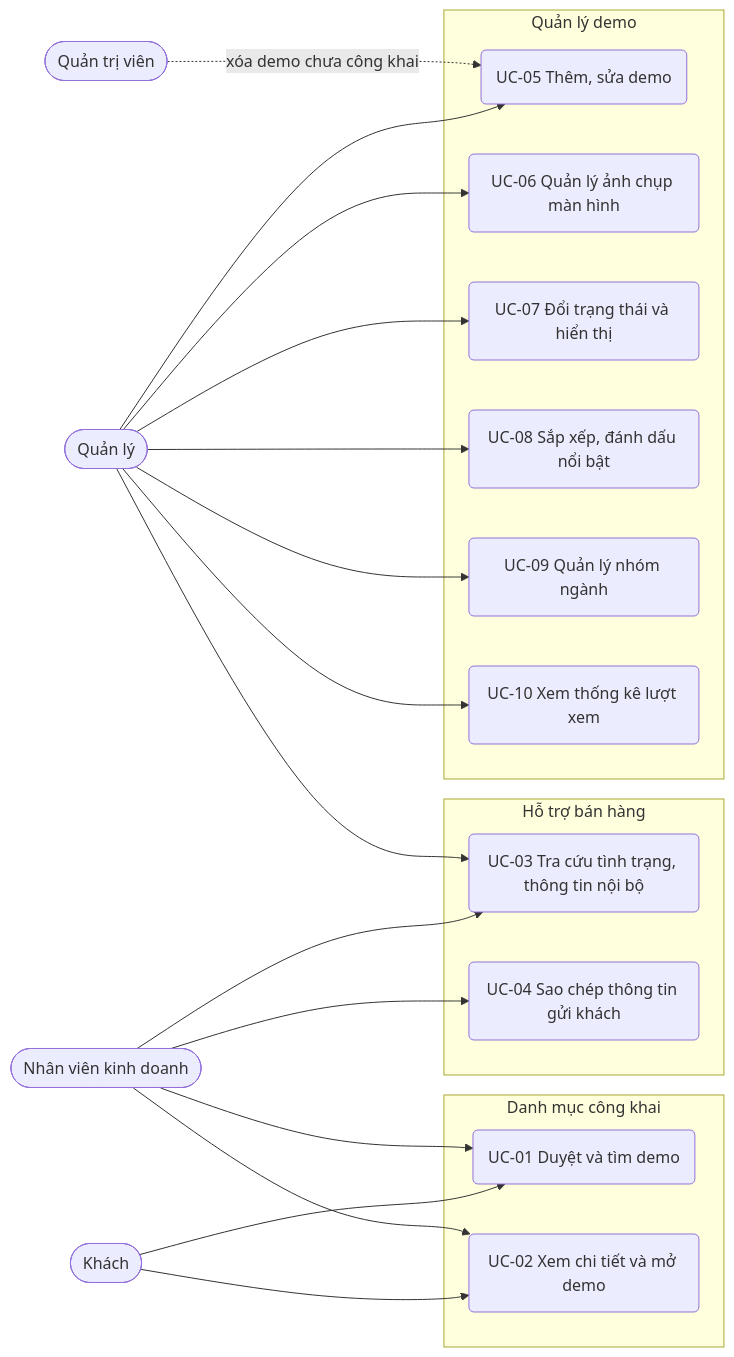
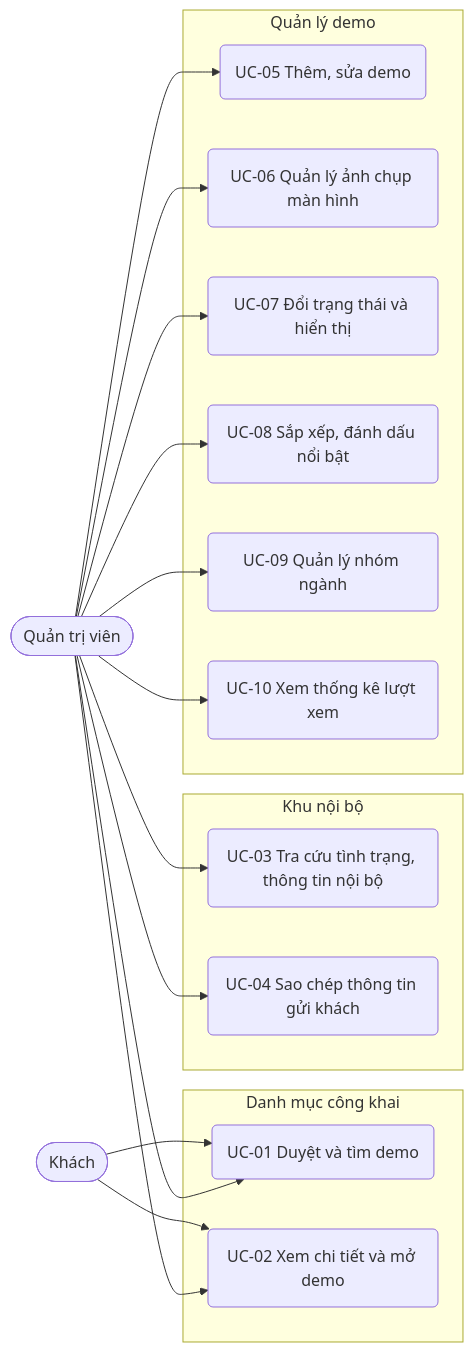
The diagram in docs/03-USE-CASE.md (HungNDM-Web-Demo/01-web-danh-muc-demo), drawn with Mermaid before and after one commit. The commit also changed other lines of this file and 21 other files, not shown here.

First line of the commit message:
Chỉ còn hai vai trò: Quản trị viên và khách không đăng nhập

````diff
--- a/docs/03-USE-CASE.md
+++ b/docs/03-USE-CASE.md
@@ -21,39 +21,35 @@
 ```mermaid
 flowchart LR
     KH(["Khách"])
-    NV(["Nhân viên kinh doanh"])
-    QL(["Quản lý"])
     QT(["Quản trị viên"])
 
     subgraph G1["Danh mục công khai"]
         UC01("UC-01 Duyệt và tìm demo")
         UC02("UC-02 Xem chi tiết và mở demo")
     end
-    subgraph G2["Hỗ trợ bán hàng"]
+    subgraph G2["Khu nội bộ"]
         UC03("UC-03 Tra cứu tình trạng, thông tin nội bộ")
         UC04("UC-04 Sao chép thông tin gửi khách")
     end
     subgraph G3["Quản lý demo"]
         UC05("UC-05 Thêm, sửa demo")
         UC06("UC-06 Quản lý ảnh chụp màn hình")
         UC07("UC-07 Đổi trạng thái và hiển thị")
         UC08("UC-08 Sắp xếp, đánh dấu nổi bật")
         UC09("UC-09 Quản lý nhóm ngành")
         UC10("UC-10 Xem thống kê lượt xem")
     end
 
     KH --> UC01
     KH --> UC02
-    NV --> UC01
-    NV --> UC02
-    NV --> UC03
-    NV --> UC04
-    QL --> UC03
-    QL --> UC05
-    QL --> UC06
-    QL --> UC07
-    QL --> UC08
-    QL --> UC09
-    QL --> UC10
-    QT -.->|xóa demo chưa công khai| UC05
+    QT --> UC01
+    QT --> UC02
+    QT --> UC03
+    QT --> UC04
+    QT --> UC05
+    QT --> UC06
+    QT --> UC07
+    QT --> UC08
+    QT --> UC09
+    QT --> UC10
 ```
````
